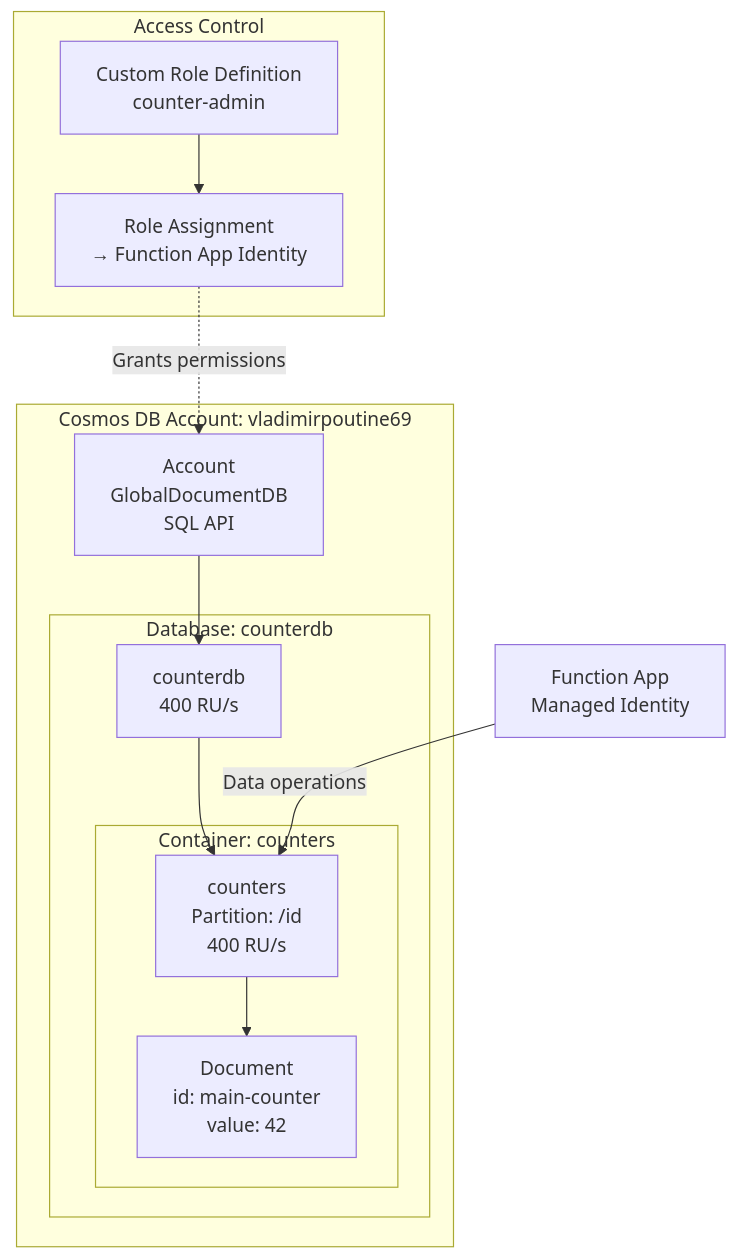
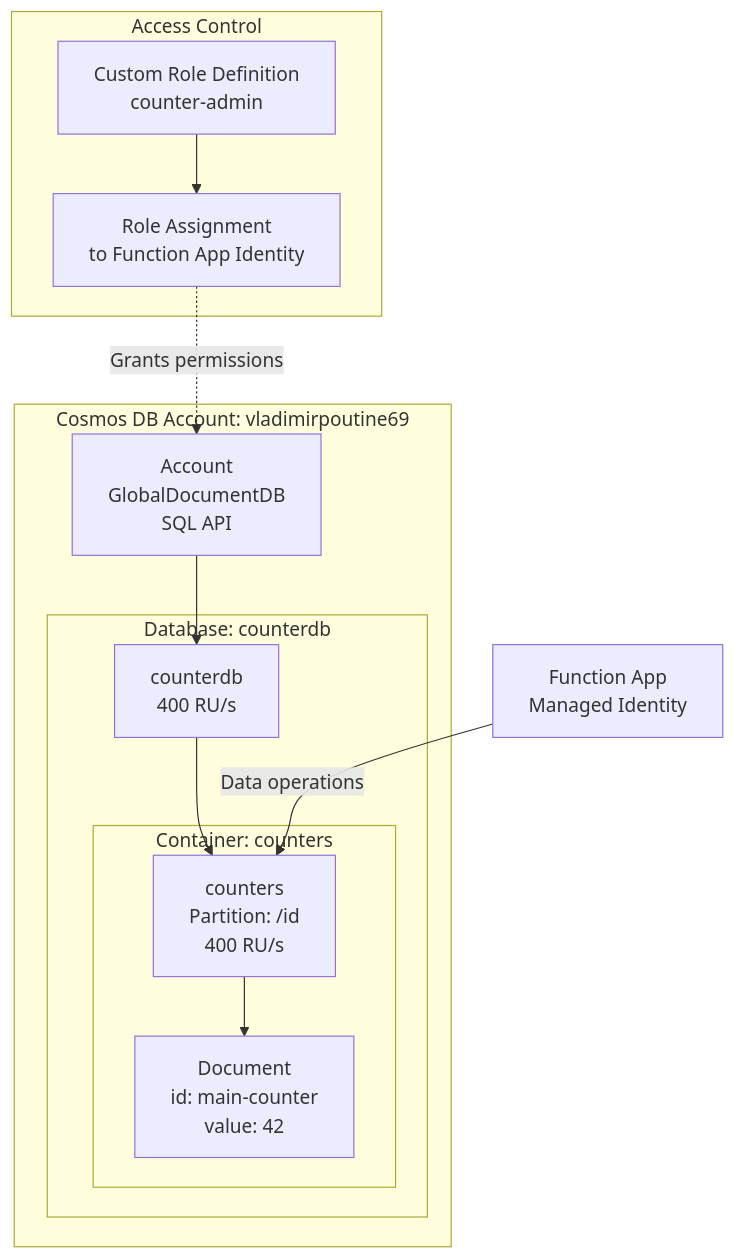
One commit to Glutenfree69/Azure_function changed the fourth of 8 diagrams in ARCHI.md. Above: the diagram before and after it, drawn with Mermaid. The commit also changed other lines of this file, not shown here.

````diff
--- a/ARCHI.md
+++ b/ARCHI.md
@@ -182,31 +182,31 @@
 ```mermaid
 graph TB
     subgraph "Cosmos DB Account: vladimirpoutine69"
         ACCOUNT[Account<br/>GlobalDocumentDB<br/>SQL API]
         
         subgraph "Database: counterdb"
             DB[counterdb<br/>400 RU/s]
             
             subgraph "Container: counters"
                 CONTAINER[counters<br/>Partition: /id<br/>400 RU/s]
                 
                 DOC1[Document<br/>id: main-counter<br/>value: 42]
             end
         end
         
         ACCOUNT --> DB
         DB --> CONTAINER
         CONTAINER --> DOC1
     end
     
     subgraph "Access Control"
         ROLE_DEF[Custom Role Definition<br/>counter-admin]
-        ROLE_ASSIGN[Role Assignment<br/>→ Function App Identity]
+        ROLE_ASSIGN[Role Assignment<br/>to Function App Identity]
         
         ROLE_DEF --> ROLE_ASSIGN
     end
     
     ROLE_ASSIGN -.->|Grants permissions| ACCOUNT
     
     FUNCTION[Function App<br/>Managed Identity] -->|Data operations| CONTAINER
 ```
````
